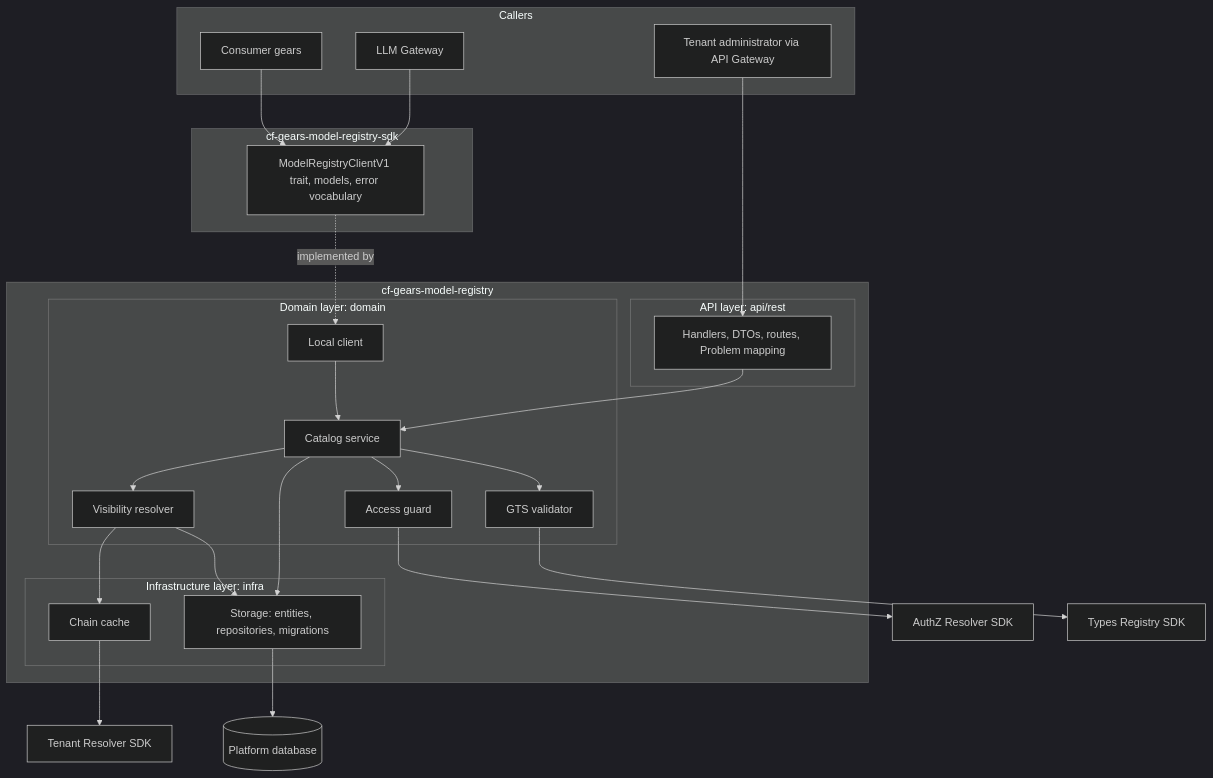
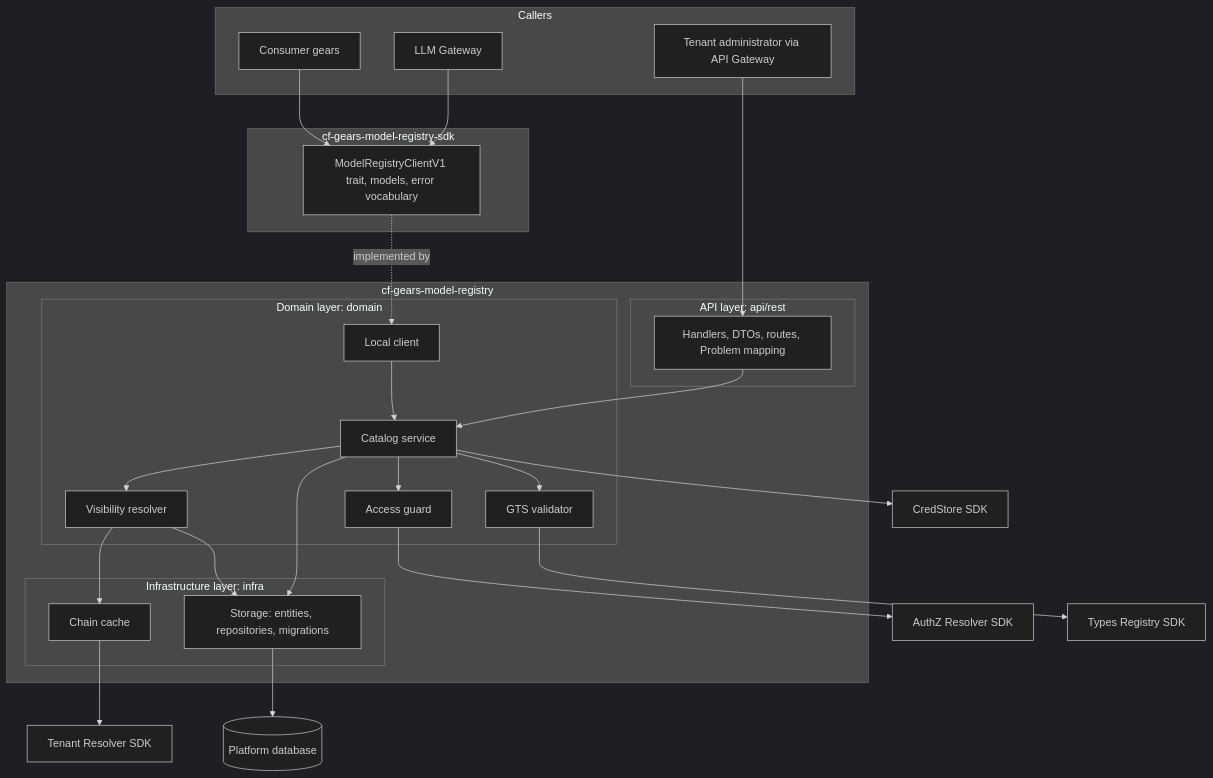
One commit to constructorfabric/gears-rust changed the first of 9 diagrams in gears/model-registry/docs/DESIGN.md. Above: the diagram before and after it, drawn with Mermaid (dark theme). The commit also changed other lines of this file and 5 other files, not shown here.

````diff
--- a/gears/model-registry/docs/DESIGN.md
+++ b/gears/model-registry/docs/DESIGN.md
@@ -108,48 +116,50 @@
 ```mermaid
 graph TB
     subgraph Callers
         LLMGW["LLM Gateway"]
         CG["Consumer gears"]
         ADM["Tenant administrator via API Gateway"]
     end
     subgraph SDK["cf-gears-model-registry-sdk"]
         TRAIT["ModelRegistryClientV1 trait, models, error vocabulary"]
     end
     subgraph Gear["cf-gears-model-registry"]
         subgraph API["API layer: api/rest"]
             REST["Handlers, DTOs, routes, Problem mapping"]
         end
         subgraph Domain["Domain layer: domain"]
             LOCAL["Local client"]
             SVC["Catalog service"]
             VIS["Visibility resolver"]
             AG["Access guard"]
             GV["GTS validator"]
         end
         subgraph Infra["Infrastructure layer: infra"]
             STORE["Storage: entities, repositories, migrations"]
             CACHE["Chain cache"]
         end
     end
     DB[("Platform database")]
     TR["Tenant Resolver SDK"]
     PDP["AuthZ Resolver SDK"]
     TY["Types Registry SDK"]
+    CRS["CredStore SDK"]
 
     LLMGW --> TRAIT
     CG --> TRAIT
     TRAIT -.implemented by.-> LOCAL
     ADM --> REST
     REST --> SVC
     LOCAL --> SVC
     SVC --> VIS
     SVC --> AG
     SVC --> GV
+    SVC --> CRS
     SVC --> STORE
     VIS --> CACHE
     VIS --> STORE
     CACHE --> TR
     AG --> PDP
     GV --> TY
     STORE --> DB
 ```
````
